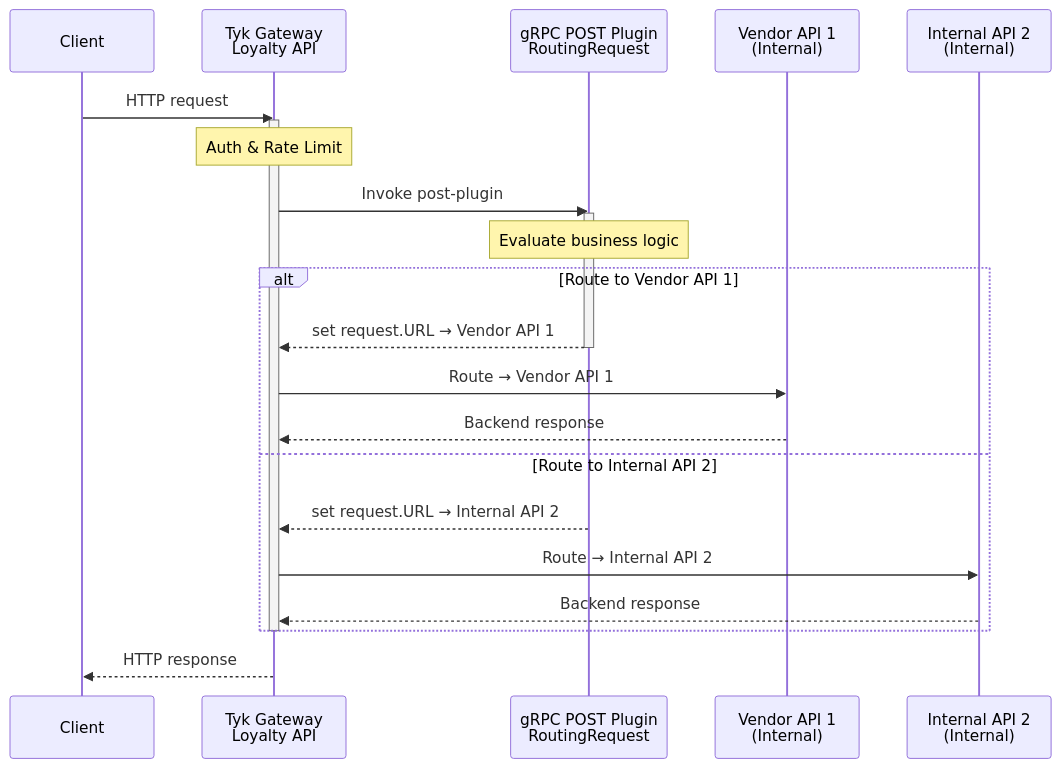
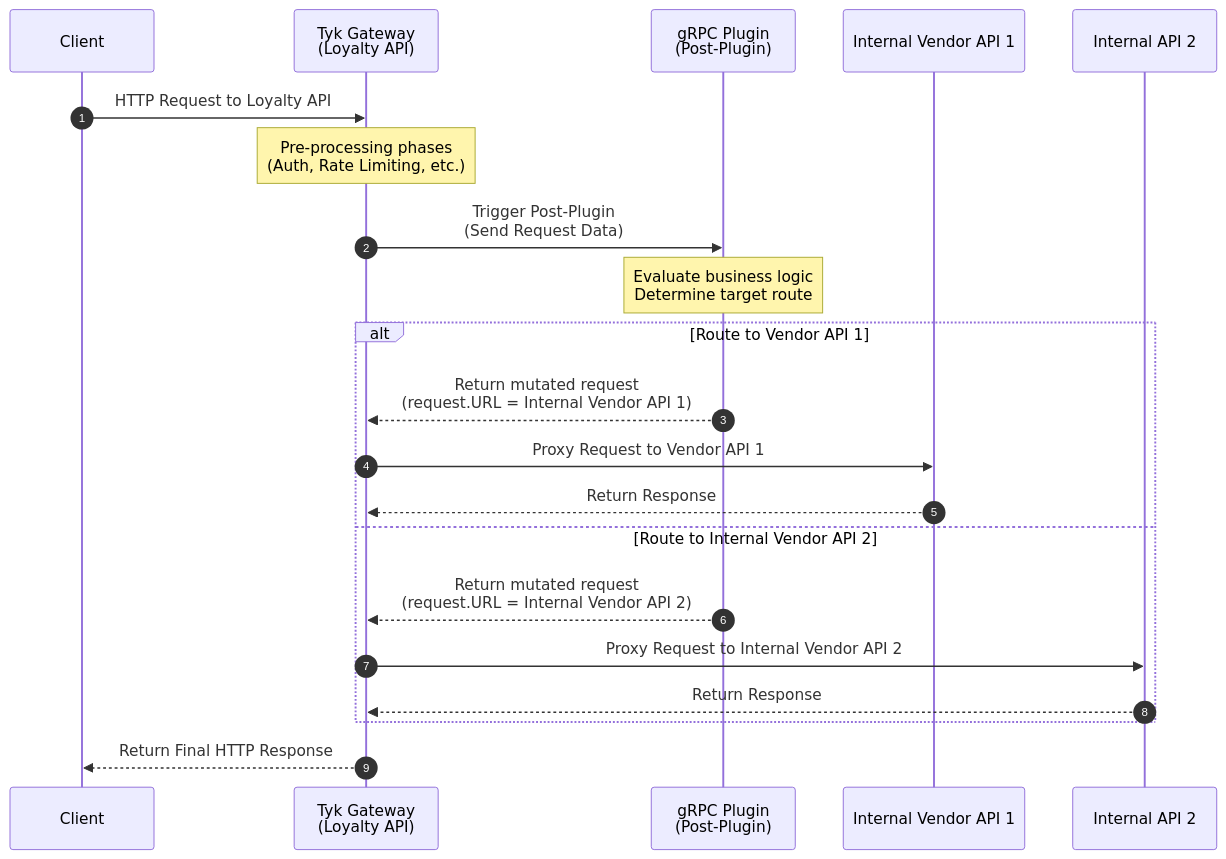
The diagram in README.md (nerdydread/gRPC-routing), drawn with Mermaid before and after one commit.

Commit message:
updated sequence diagram

````diff
--- a/README.md
+++ b/README.md
@@ -21,32 +21,29 @@
 ```mermaid
 sequenceDiagram
-    participant C as Client
-    participant T as Tyk Gateway<br/>Loyalty API
-    participant G as gRPC POST Plugin<br/>RoutingRequest
-    participant V1 as Vendor API 1<br/>(Internal)
-    participant V2 as Internal API 2<br/>(Internal)
+    autonumber
+    participant Client
+    participant Tyk as Tyk Gateway<br/>(Loyalty API)
+    participant gRPC as gRPC Plugin<br/>(Post-Plugin)
+    participant API1 as Internal Vendor API 1
+    participant API2 as Internal API 2
 
-    C->>T: HTTP request
-
-    activate T
-    note over T: Auth & Rate Limit
-
-    T->>G: Invoke post-plugin
-    activate G
-
-    note over G: Evaluate business logic
-
+    Client->>Tyk: HTTP Request to Loyalty API
+    
+    Note over Tyk: Pre-processing phases<br/>(Auth, Rate Limiting, etc.)
+    
+    Tyk->>gRPC: Trigger Post-Plugin<br/>(Send Request Data)
+    
+    Note over gRPC: Evaluate business logic<br/>Determine target route
+    
     alt Route to Vendor API 1
-        G-->>T: set request.URL → Vendor API 1
-        deactivate G
-        T->>V1: Route → Vendor API 1
-        V1-->>T: Backend response
-    else Route to Internal API 2
-        G-->>T: set request.URL → Internal API 2
-        T->>V2: Route → Internal API 2
-        V2-->>T: Backend response
+        gRPC-->>Tyk: Return mutated request<br/>(request.URL = Internal Vendor API 1)
+        Tyk->>API1: Proxy Request to Vendor API 1
+        API1-->>Tyk: Return Response
+    else Route to Internal Vendor API 2
+        gRPC-->>Tyk: Return mutated request<br/>(request.URL = Internal Vendor API 2)
+        Tyk->>API2: Proxy Request to Internal Vendor API 2
+        API2-->>Tyk: Return Response
     end
-
-    deactivate T
-    T-->>C: HTTP response
+    
+    Tyk-->>Client: Return Final HTTP Response
 ```
````
